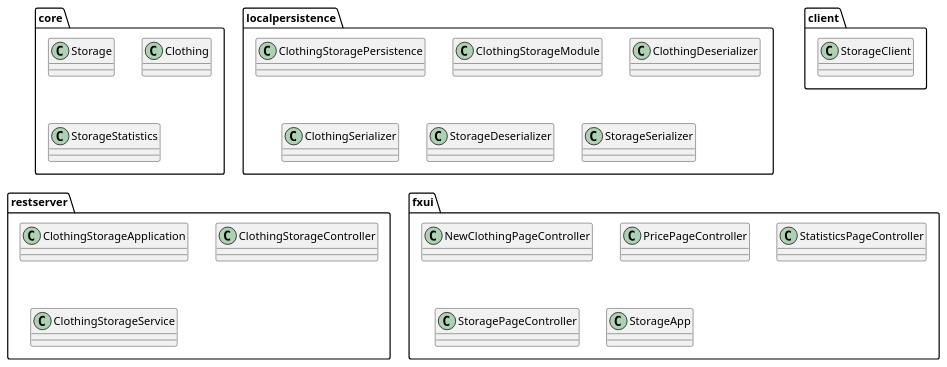
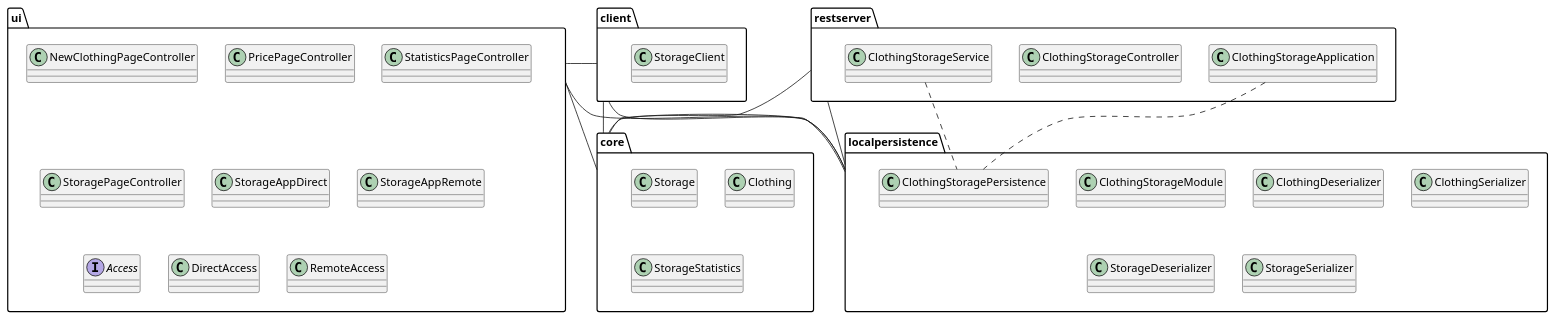
The diagram in docs/release3/diagrams/clothingStorageClassDiagram.puml (olejacobmellgren/clothingStorage), drawn with PlantUML before and after one commit. The commit also changed 4 other files, not shown here.

First line of the commit message:
#39 Added dependencies to class diagrams

```diff
--- a/docs/release3/diagrams/clothingStorageClassDiagram.puml
+++ b/docs/release3/diagrams/clothingStorageClassDiagram.puml
@@ -1,41 +1,61 @@
-@startuml
+@startuml clothingstorage
 
 package "core"
 {
     class Storage
     class Clothing
     Class StorageStatistics
 }
 
 package "client"
 {
     class StorageClient
 }
 
 package "localpersistence"
 {
     class ClothingStoragePersistence
     class ClothingStorageModule
     class ClothingDeserializer
     class ClothingSerializer
     class StorageDeserializer
     class StorageSerializer
 }
 
 package "restserver"
 {
     class ClothingStorageApplication
     class ClothingStorageController
     class ClothingStorageService
 }
 
-package "fxui"
+package "ui"
 {
     class NewClothingPageController
     class PricePageController
     class StatisticsPageController
     class StoragePageController
-    class StorageApp
+    class StorageAppDirect
+    class StorageAppRemote
+    interface Access
+    class DirectAccess
+    class RemoteAccess
 }
 
+ClothingStorageService .. ClothingStoragePersistence
+ClothingStorageApplication .. ClothingStoragePersistence
+
+client -- localpersistence
+client -- core 
+
+localpersistence -- core
+
+restserver -- core
+restserver -- localpersistence
+
+ui -- core
+ui -- client
+ui -- localpersistence
+
+
 @enduml
```
